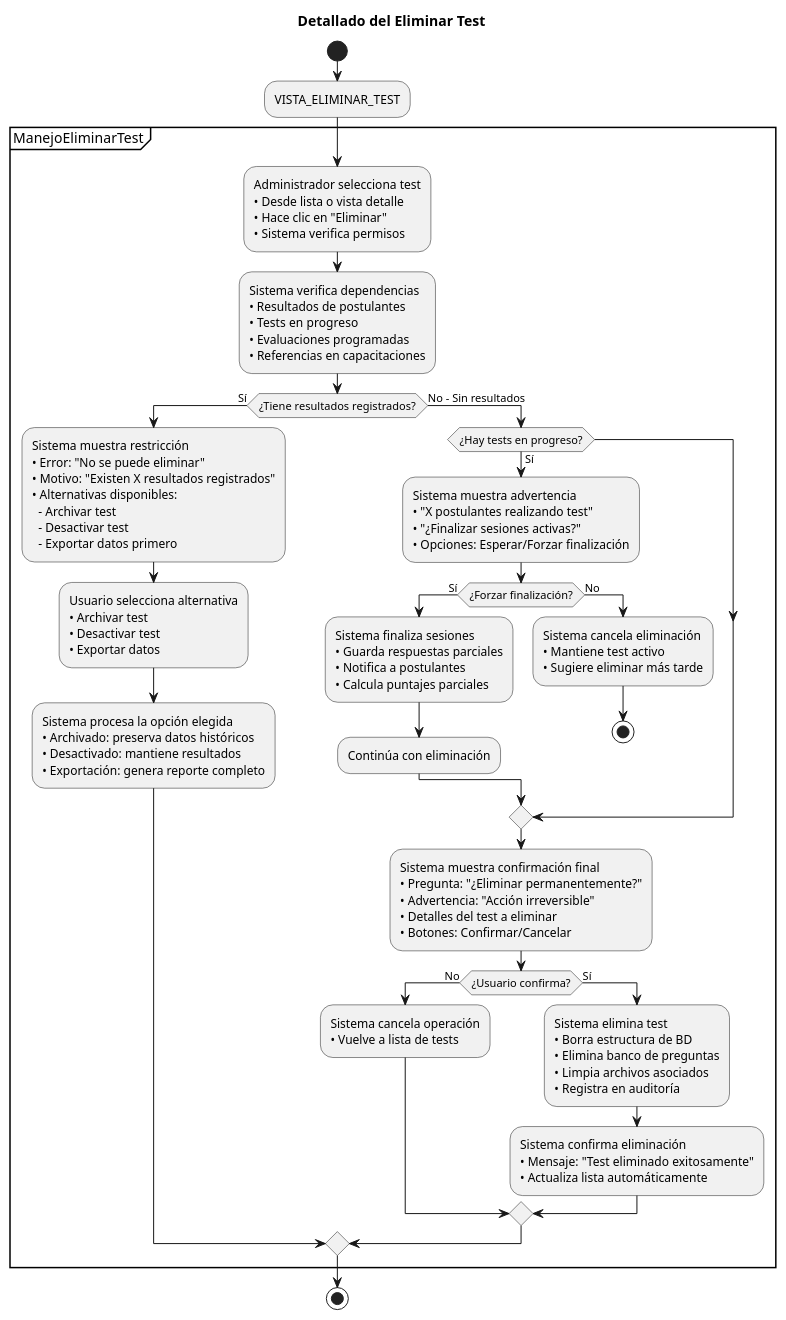
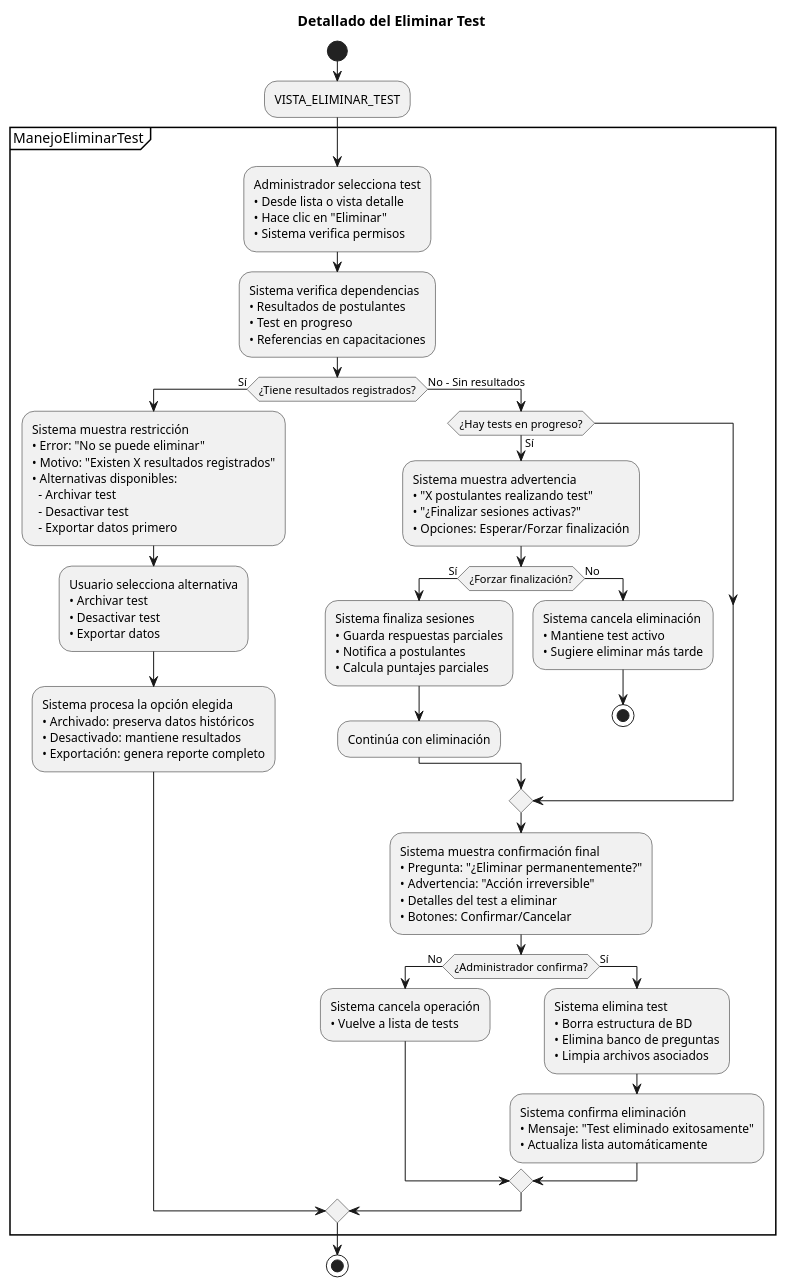
One commit to Dievex/24-25-IdSw1-SDR changed the diagram in casos_de_uso/diagramas_casos_de_uso_detallados/eliminar_test.puml. Above: the diagram before and after it, drawn with PlantUML.

Commit message:
Diagrama de Contexto modificado

```diff
--- a/casos_de_uso/diagramas_casos_de_uso_detallados/eliminar_test.puml
+++ b/casos_de_uso/diagramas_casos_de_uso_detallados/eliminar_test.puml
@@ -1,94 +1,93 @@
 @startuml
 title Detallado del Eliminar Test
 
 start
 
 :VISTA_ELIMINAR_TEST;
 
 partition ManejoEliminarTest {
   
   :Administrador selecciona test
   • Desde lista o vista detalle
   • Hace clic en "Eliminar"
   • Sistema verifica permisos;
   
   :Sistema verifica dependencias
   • Resultados de postulantes
-  • Tests en progreso
-  • Evaluaciones programadas
+  • Test en progreso
   • Referencias en capacitaciones;
   
   if (¿Tiene resultados registrados?) then (Sí)
     :Sistema muestra restricción
     • Error: "No se puede eliminar"
     • Motivo: "Existen X resultados registrados"
     • Alternativas disponibles:
       - Archivar test
       - Desactivar test
       - Exportar datos primero;
     
     :Usuario selecciona alternativa
     • Archivar test
     • Desactivar test  
     • Exportar datos;
     
     :Sistema procesa la opción elegida
     • Archivado: preserva datos históricos
     • Desactivado: mantiene resultados
     • Exportación: genera reporte completo;
     
   else (No - Sin resultados)
     if (¿Hay tests en progreso?) then (Sí)
       :Sistema muestra advertencia
       • "X postulantes realizando test"
       • "¿Finalizar sesiones activas?"
       • Opciones: Esperar/Forzar finalización;
       
       if (¿Forzar finalización?) then (Sí)
         :Sistema finaliza sesiones
         • Guarda respuestas parciales
         • Notifica a postulantes
         • Calcula puntajes parciales;
         
         :Continúa con eliminación;
         
       else (No)
         :Sistema cancela eliminación
         • Mantiene test activo
         • Sugiere eliminar más tarde;
         
         stop
         
       endif
       
     endif
     
     :Sistema muestra confirmación final
     • Pregunta: "¿Eliminar permanentemente?"
     • Advertencia: "Acción irreversible"
     • Detalles del test a eliminar
     • Botones: Confirmar/Cancelar;
     
-    if (¿Usuario confirma?) then (No)
+    if (¿Administrador confirma?) then (No)
       :Sistema cancela operación
       • Vuelve a lista de tests;
       
     else (Sí)
       :Sistema elimina test
       • Borra estructura de BD
       • Elimina banco de preguntas
-      • Limpia archivos asociados
-      • Registra en auditoría;
+      • Limpia archivos asociados;
+     
       
       :Sistema confirma eliminación
       • Mensaje: "Test eliminado exitosamente"
       • Actualiza lista automáticamente;
       
     endif
     
   endif
   
 }
 
 stop
 @enduml
```
